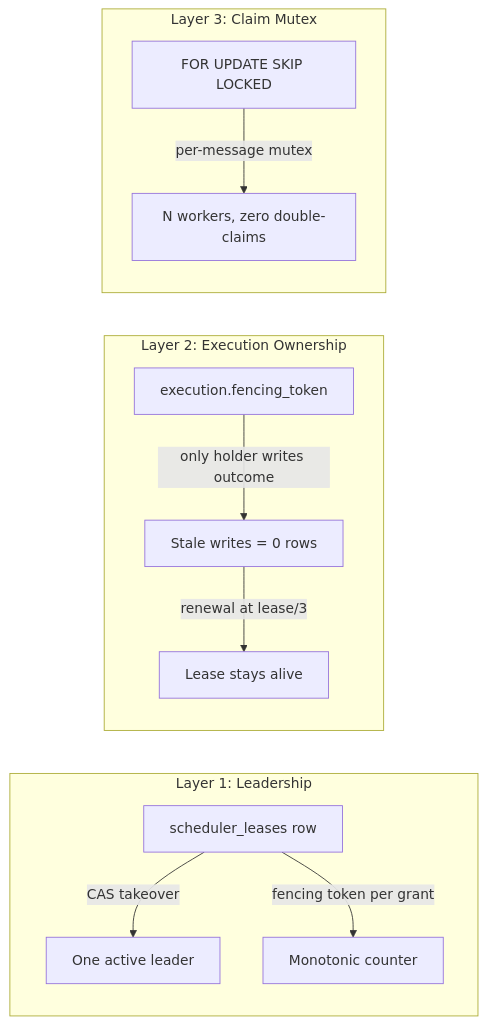
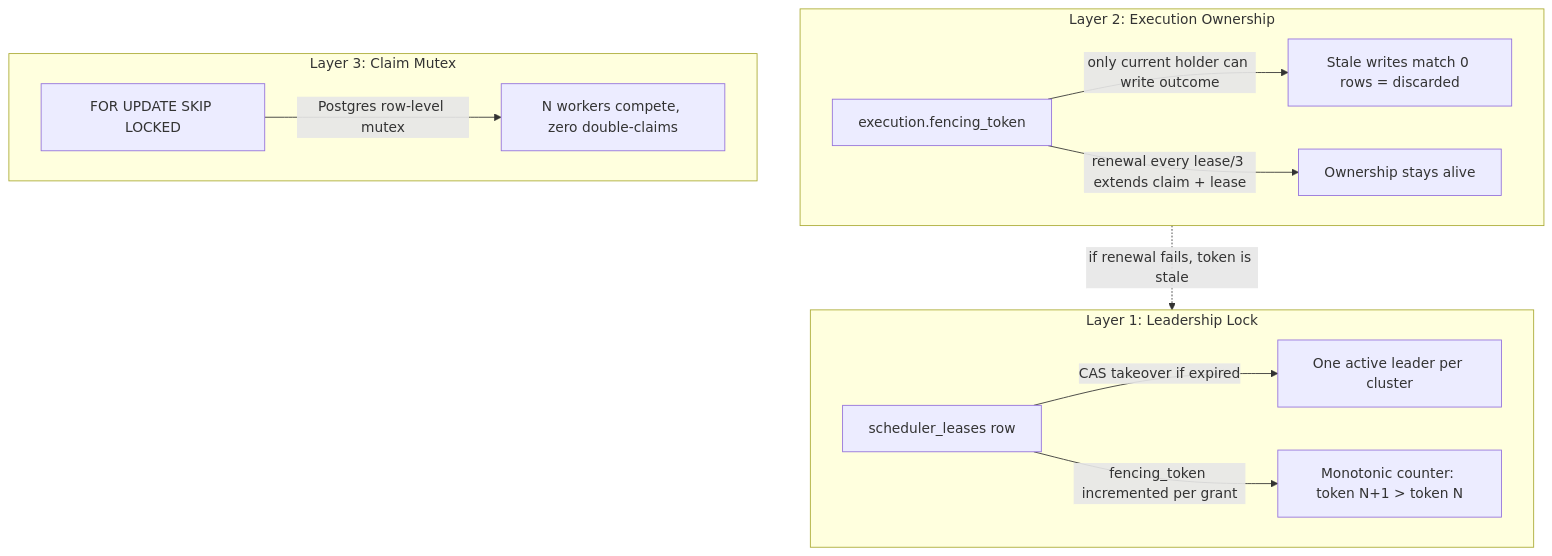
Before and after one commit to MaNiSh-9211/Schedula: the fourth of 11 diagrams in docs/ARCHITECTURE.md, drawn with Mermaid. The commit also changed other lines of this file, not shown here.

Commit message:
architecture docs: 12 accurate mermaid diagrams verified against source code, added worker lifecycle, health scoring gate, signal/child workflow, retry oracle learning loop, circuit breaker state machine, cascade firewall flow

````diff
--- a/docs/ARCHITECTURE.md
+++ b/docs/ARCHITECTURE.md
@@ -102,16 +139,18 @@
 ```mermaid
-flowchart LR
-    subgraph "Layer 1: Leadership"
-        L1[scheduler_leases row] -->|CAS takeover| L2[One active leader]
-        L1 -->|fencing token per grant| L3[Monotonic counter]
+flowchart TD
+    subgraph L1["Layer 1: Leadership Lock"]
+        A1["scheduler_leases row"] -->|"CAS takeover if expired"| A2["One active leader per cluster"]
+        A1 -->|"fencing_token incremented per grant"| A3["Monotonic counter: token N+1 > token N"]
     end
 
-    subgraph "Layer 2: Execution Ownership"
-        E1[execution.fencing_token] -->|only holder writes outcome| E2[Stale writes = 0 rows]
-        E2 -->|renewal at lease/3| E3[Lease stays alive]
+    subgraph L2["Layer 2: Execution Ownership"]
+        B1["execution.fencing_token"] -->|"only current holder can write outcome"| B2["Stale writes match 0 rows = discarded"]
+        B1 -->|"renewal every lease/3 extends claim + lease"| B3["Ownership stays alive"]
     end
 
-    subgraph "Layer 3: Claim Mutex"
-        Q1[FOR UPDATE SKIP LOCKED] -->|per-message mutex| Q2[N workers, zero double-claims]
+    subgraph L3["Layer 3: Claim Mutex"]
+        C1["FOR UPDATE SKIP LOCKED"] -->|"Postgres row-level mutex"| C2["N workers compete, zero double-claims"]
     end
+
+    L2 -.->|"if renewal fails, token is stale"| L1
 ```
````
